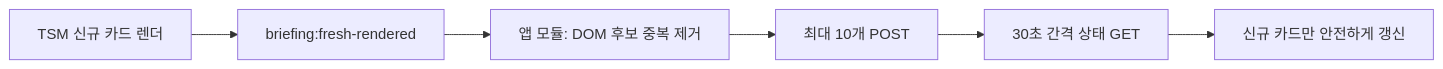
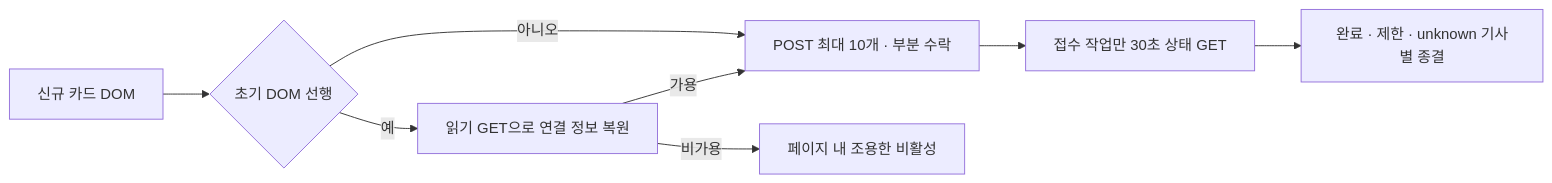
Before and after one commit to openmen-gif/bess-ai-control: the diagram in docs/superpowers/plans/2026-11-25-fresh-summary-ui.md, drawn with Mermaid. The commit also changed other lines of this file and 8 other files, not shown here.

````diff
--- a/docs/superpowers/plans/2026-11-25-fresh-summary-ui.md
+++ b/docs/superpowers/plans/2026-11-25-fresh-summary-ui.md
@@ -8,8 +11,10 @@
 ```mermaid
 flowchart LR
-  T[TSM 신규 카드 렌더] --> E[briefing:fresh-rendered]
-  E --> M[앱 모듈: DOM 후보 중복 제거]
-  M --> P[최대 10개 POST]
-  P --> G[30초 간격 상태 GET]
-  G --> C[신규 카드만 안전하게 갱신]
+  A[신규 카드 DOM] --> B{초기 DOM 선행}
+  B -->|예| C[읽기 GET으로 연결 정보 복원]
+  B -->|아니오| D[POST 최대 10개 · 부분 수락]
+  C -->|가용| D
+  C -->|비가용| X[페이지 내 조용한 비활성]
+  D --> E[접수 작업만 30초 상태 GET]
+  E --> F[완료 · 제한 · unknown 기사별 종결]
 ```
````
